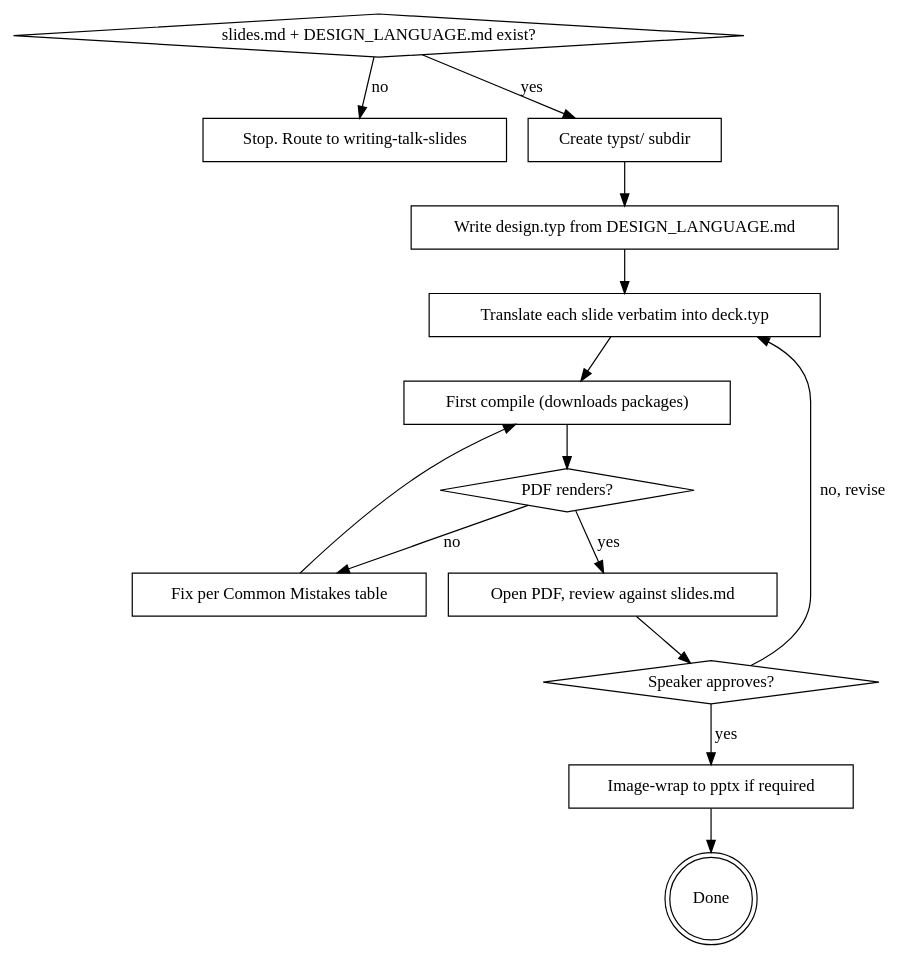
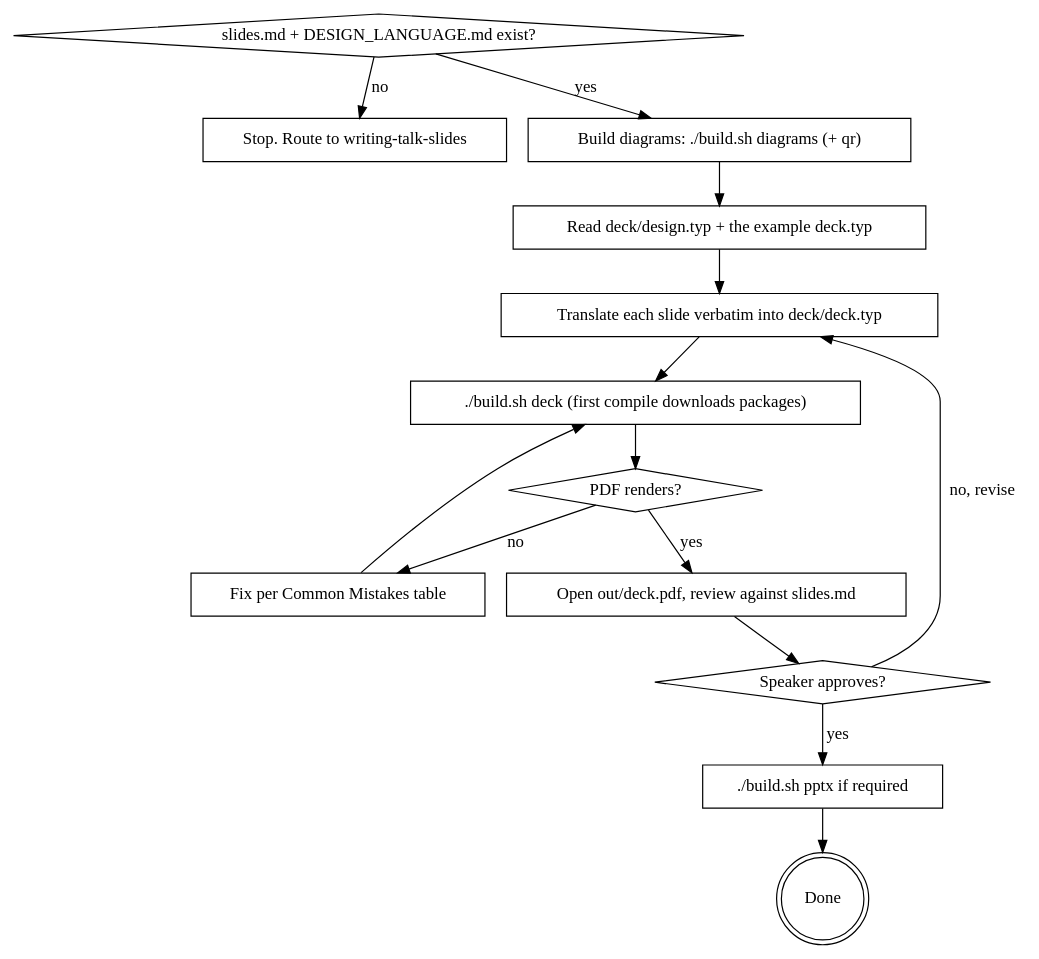
Before and after one commit to samuelsmal/dotfiles: the diagram in claude/.claude/skills/building-talk-decks-with-typst/SKILL.md, drawn with Graphviz. The commit also changed other lines of this file and 2 other files, not shown here.

First line of the commit message:
docs(claude): align talk skills with the draw.io/typst talk template

````diff
--- a/claude/.claude/skills/building-talk-decks-with-typst/SKILL.md
+++ b/claude/.claude/skills/building-talk-decks-with-typst/SKILL.md
@@ -276,30 +284,30 @@
 ```dot
 digraph build_deck {
   "slides.md + DESIGN_LANGUAGE.md exist?" [shape=diamond];
   "Stop. Route to writing-talk-slides" [shape=box];
-  "Create typst/ subdir" [shape=box];
-  "Write design.typ from DESIGN_LANGUAGE.md" [shape=box];
-  "Translate each slide verbatim into deck.typ" [shape=box];
-  "First compile (downloads packages)" [shape=box];
+  "Build diagrams: ./build.sh diagrams (+ qr)" [shape=box];
+  "Read deck/design.typ + the example deck.typ" [shape=box];
+  "Translate each slide verbatim into deck/deck.typ" [shape=box];
+  "./build.sh deck (first compile downloads packages)" [shape=box];
   "PDF renders?" [shape=diamond];
   "Fix per Common Mistakes table" [shape=box];
-  "Open PDF, review against slides.md" [shape=box];
+  "Open out/deck.pdf, review against slides.md" [shape=box];
   "Speaker approves?" [shape=diamond];
-  "Image-wrap to pptx if required" [shape=box];
+  "./build.sh pptx if required" [shape=box];
   "Done" [shape=doublecircle];
 
   "slides.md + DESIGN_LANGUAGE.md exist?" -> "Stop. Route to writing-talk-slides" [label="no"];
-  "slides.md + DESIGN_LANGUAGE.md exist?" -> "Create typst/ subdir" [label="yes"];
-  "Create typst/ subdir" -> "Write design.typ from DESIGN_LANGUAGE.md";
-  "Write design.typ from DESIGN_LANGUAGE.md" -> "Translate each slide verbatim into deck.typ";
-  "Translate each slide verbatim into deck.typ" -> "First compile (downloads packages)";
-  "First compile (downloads packages)" -> "PDF renders?";
+  "slides.md + DESIGN_LANGUAGE.md exist?" -> "Build diagrams: ./build.sh diagrams (+ qr)" [label="yes"];
+  "Build diagrams: ./build.sh diagrams (+ qr)" -> "Read deck/design.typ + the example deck.typ";
+  "Read deck/design.typ + the example deck.typ" -> "Translate each slide verbatim into deck/deck.typ";
+  "Translate each slide verbatim into deck/deck.typ" -> "./build.sh deck (first compile downloads packages)";
+  "./build.sh deck (first compile downloads packages)" -> "PDF renders?";
   "PDF renders?" -> "Fix per Common Mistakes table" [label="no"];
-  "Fix per Common Mistakes table" -> "First compile (downloads packages)";
-  "PDF renders?" -> "Open PDF, review against slides.md" [label="yes"];
-  "Open PDF, review against slides.md" -> "Speaker approves?";
-  "Speaker approves?" -> "Translate each slide verbatim into deck.typ" [label="no, revise"];
-  "Speaker approves?" -> "Image-wrap to pptx if required" [label="yes"];
-  "Image-wrap to pptx if required" -> "Done";
+  "Fix per Common Mistakes table" -> "./build.sh deck (first compile downloads packages)";
+  "PDF renders?" -> "Open out/deck.pdf, review against slides.md" [label="yes"];
+  "Open out/deck.pdf, review against slides.md" -> "Speaker approves?";
+  "Speaker approves?" -> "Translate each slide verbatim into deck/deck.typ" [label="no, revise"];
+  "Speaker approves?" -> "./build.sh pptx if required" [label="yes"];
+  "./build.sh pptx if required" -> "Done";
 }
 ```
````
